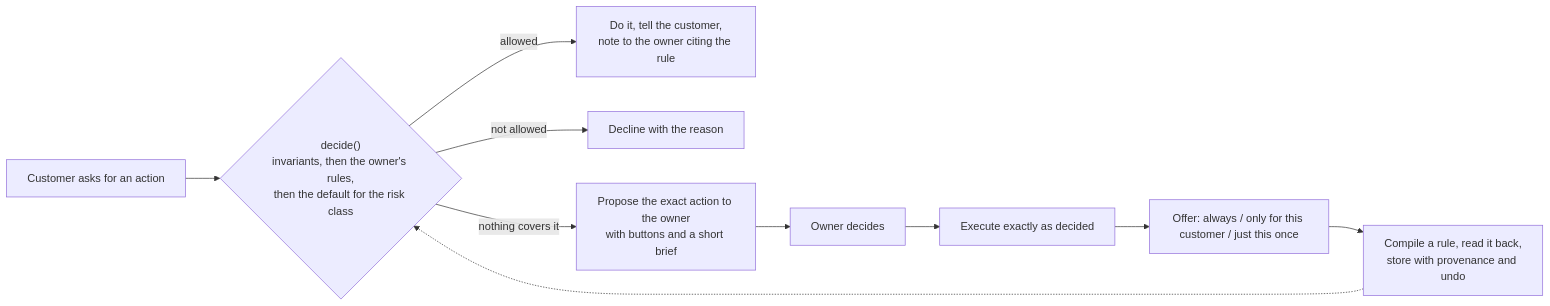
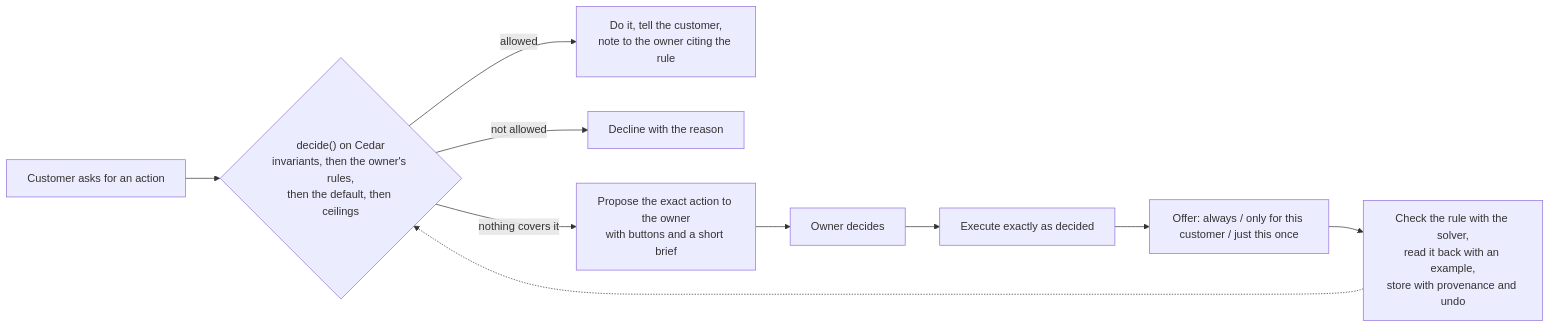
The second of 3 diagrams in docs/ARCHITECTURE.md (taha-sadikot-m/Reflexo.holoncode.in), drawn with Mermaid before and after one commit. The commit also changed other lines of this file and 88 other files, not shown here.

````diff
--- a/docs/ARCHITECTURE.md
+++ b/docs/ARCHITECTURE.md
@@ -102,12 +105,12 @@
 ```mermaid
 flowchart LR
-    R[Customer asks for an action] --> DEC{"decide()<br/>invariants, then the owner's rules,<br/>then the default for the risk class"}
+    R[Customer asks for an action] --> DEC{"decide() on Cedar<br/>invariants, then the owner's rules,<br/>then the default, then ceilings"}
     DEC -->|allowed| DO[Do it, tell the customer,<br/>note to the owner citing the rule]
     DEC -->|not allowed| NO[Decline with the reason]
     DEC -->|nothing covers it| P[Propose the exact action to the owner<br/>with buttons and a short brief]
     P --> OD[Owner decides]
     OD --> EX[Execute exactly as decided]
     EX --> L[Offer: always / only for this customer / just this once]
-    L --> RULE[Compile a rule, read it back,<br/>store with provenance and undo]
+    L --> RULE[Check the rule with the solver,<br/>read it back with an example,<br/>store with provenance and undo]
     RULE -.-> DEC
 ```
````
